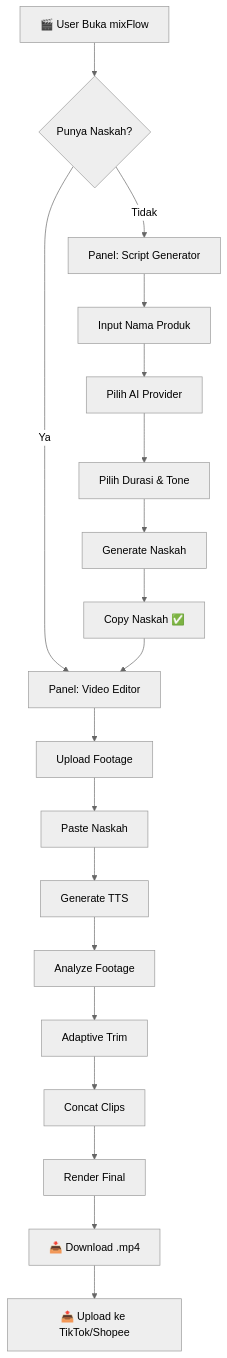
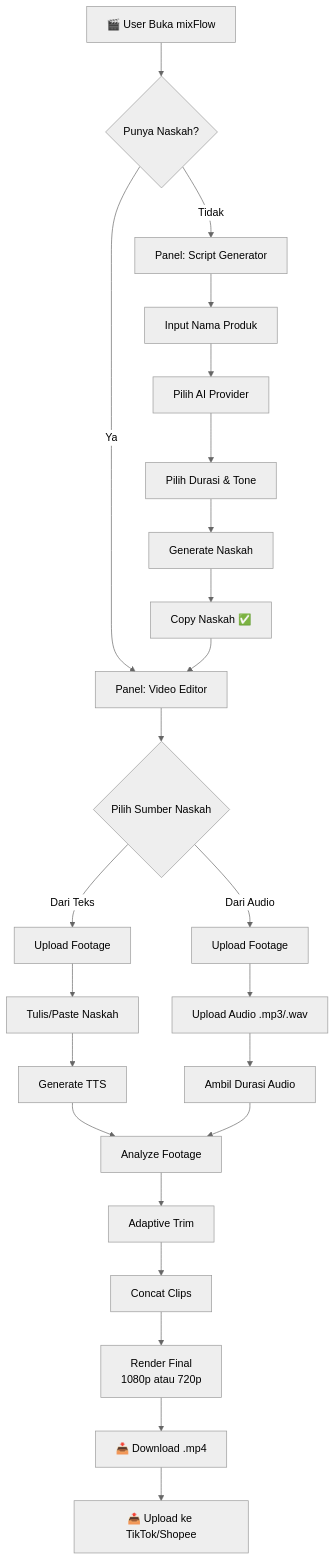
One commit to Muhira007/mixFlow-Studio changed the first of 4 diagrams in PRD.md. Above: the diagram before and after it, drawn with Mermaid (neutral theme). The commit also changed other lines of this file, not shown here.

First line of the commit message:
docs: update PRD — 720p output, sumber naskah dari audio, bersihkan referensi

````diff
--- a/PRD.md
+++ b/PRD.md
@@ -72,23 +74,29 @@
 ```mermaid
 flowchart TD
     A[🎬 User Buka mixFlow] --> B{Punya Naskah?}
     B -- Tidak --> C[Panel: Script Generator]
     C --> C1[Input Nama Produk]
     C1 --> C2[Pilih AI Provider]
     C2 --> C3[Pilih Durasi & Tone]
     C3 --> C4[Generate Naskah]
     C4 --> C5[Copy Naskah ✅]
 
     B -- Ya --> D[Panel: Video Editor]
     C5 --> D
 
-    D --> D1[Upload Footage]
-    D1 --> D2[Paste Naskah]
+    D --> D0{Pilih Sumber Naskah}
+    D0 -- Dari Teks --> D1[Upload Footage]
+    D1 --> D2[Tulis/Paste Naskah]
     D2 --> D3[Generate TTS]
+    D0 -- Dari Audio --> D1a[Upload Footage]
+    D1a --> D2a[Upload Audio .mp3/.wav]
+    D2a --> D3a[Ambil Durasi Audio]
+
     D3 --> D4[Analyze Footage]
+    D3a --> D4
     D4 --> D5[Adaptive Trim]
     D5 --> D6[Concat Clips]
-    D6 --> D7[Render Final]
+    D6 --> D7[Render Final<br/>1080p atau 720p]
     D7 --> E[📥 Download .mp4]
     E --> F[📤 Upload ke TikTok/Shopee]
 ```
````
